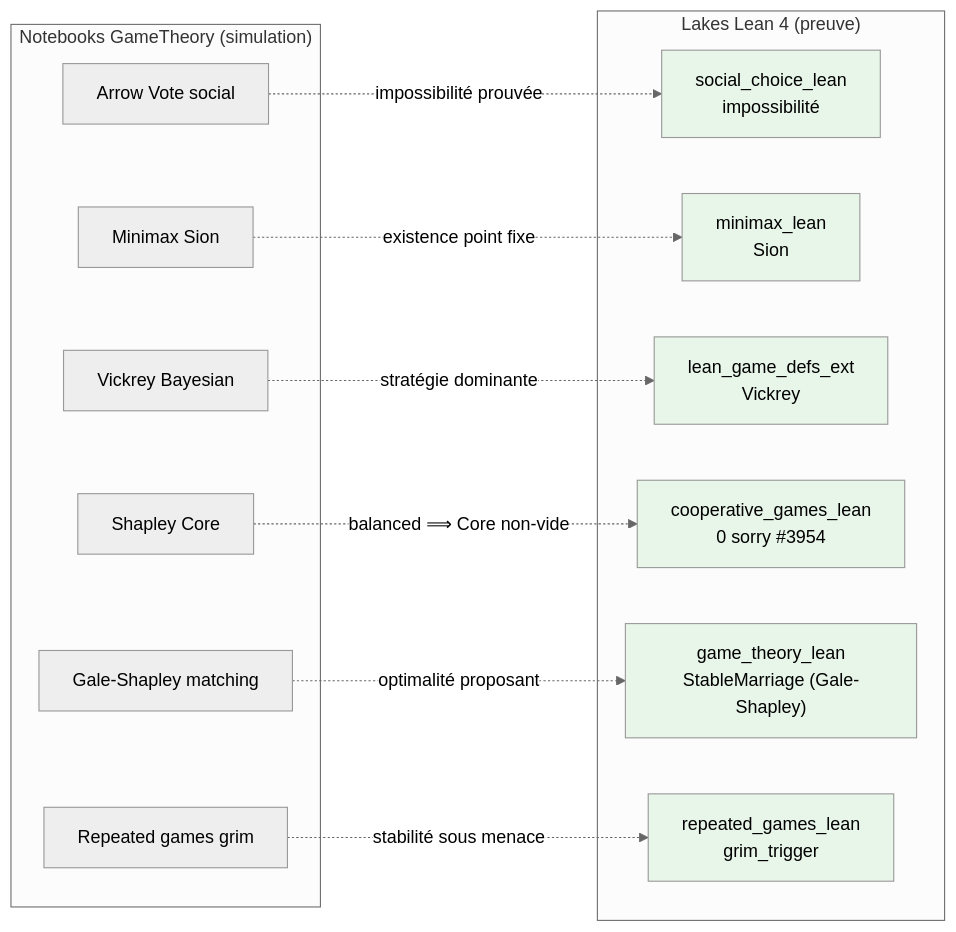
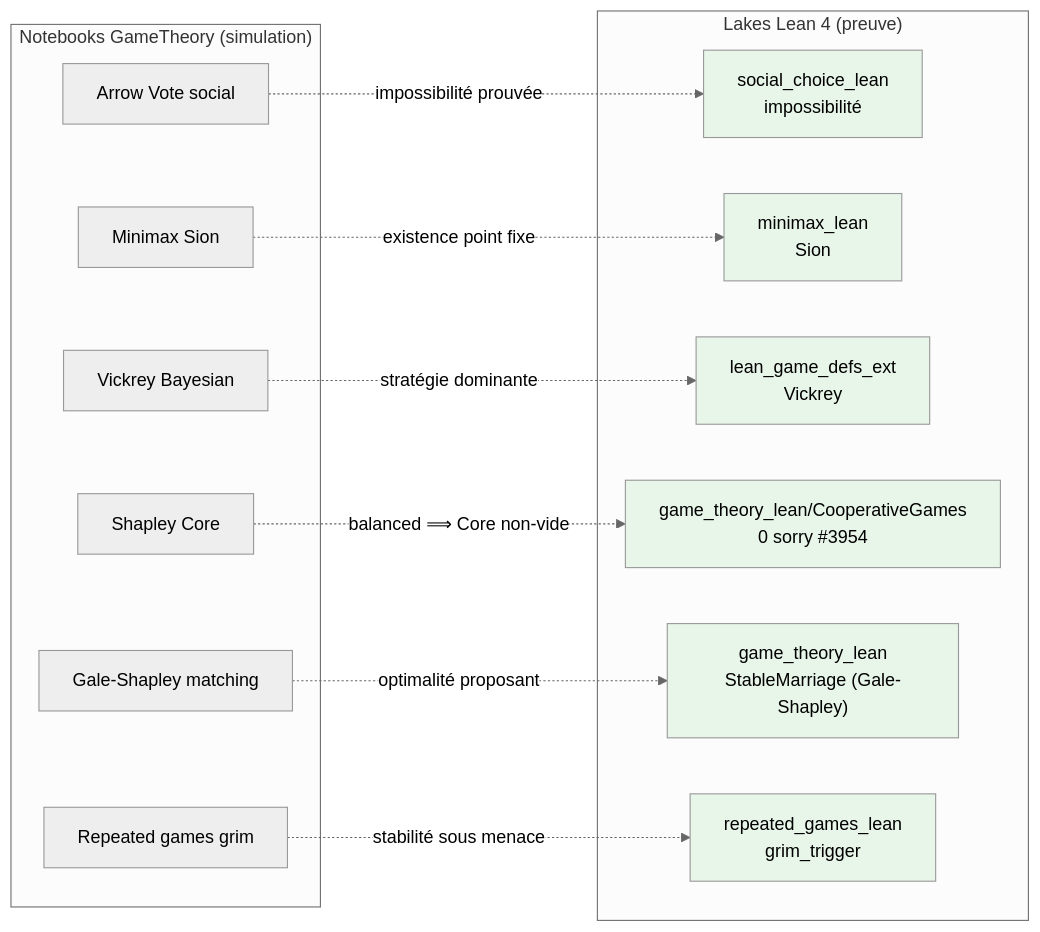
Before and after one commit to jsboige/CoursIA: the second of 2 diagrams in MyIA.AI.Notebooks/GameTheory/README.md, drawn with Mermaid (neutral theme). The commit also changed other lines of this file and 2 other files, not shown here.

````diff
--- a/MyIA.AI.Notebooks/GameTheory/README.md
+++ b/MyIA.AI.Notebooks/GameTheory/README.md
@@ -322,31 +322,31 @@
 ```mermaid
 flowchart LR
     subgraph SIM["Notebooks GameTheory (simulation)"]
         N1["Arrow Vote social"]
         N2["Minimax Sion"]
         N3["Vickrey Bayesian"]
         N4["Shapley Core"]
         N5["Gale-Shapley matching"]
         N6["Repeated games grim"]
     end
     subgraph LEAN["Lakes Lean 4 (preuve)"]
         L1["social_choice_lean<br/>impossibilité"]
         L2["minimax_lean<br/>Sion"]
         L3["lean_game_defs_ext<br/>Vickrey"]
-        L4["cooperative_games_lean<br/>0 sorry #3954"]
+        L4["game_theory_lean/CooperativeGames<br/>0 sorry #3954"]
         L5["game_theory_lean<br/>StableMarriage (Gale-Shapley)"]
         L6["repeated_games_lean<br/>grim_trigger"]
     end
     N1 -. "impossibilité prouvée" .-> L1
     N2 -. "existence point fixe" .-> L2
     N3 -. "stratégie dominante" .-> L3
     N4 -. "balanced ⟹ Core non-vide" .-> L4
     N5 -. "optimalité proposant" .-> L5
     N6 -. "stabilité sous menace" .-> L6
     style L1 fill:#e8f5e9
     style L2 fill:#e8f5e9
     style L3 fill:#e8f5e9
     style L4 fill:#e8f5e9
     style L5 fill:#e8f5e9
     style L6 fill:#e8f5e9
 ```
````
